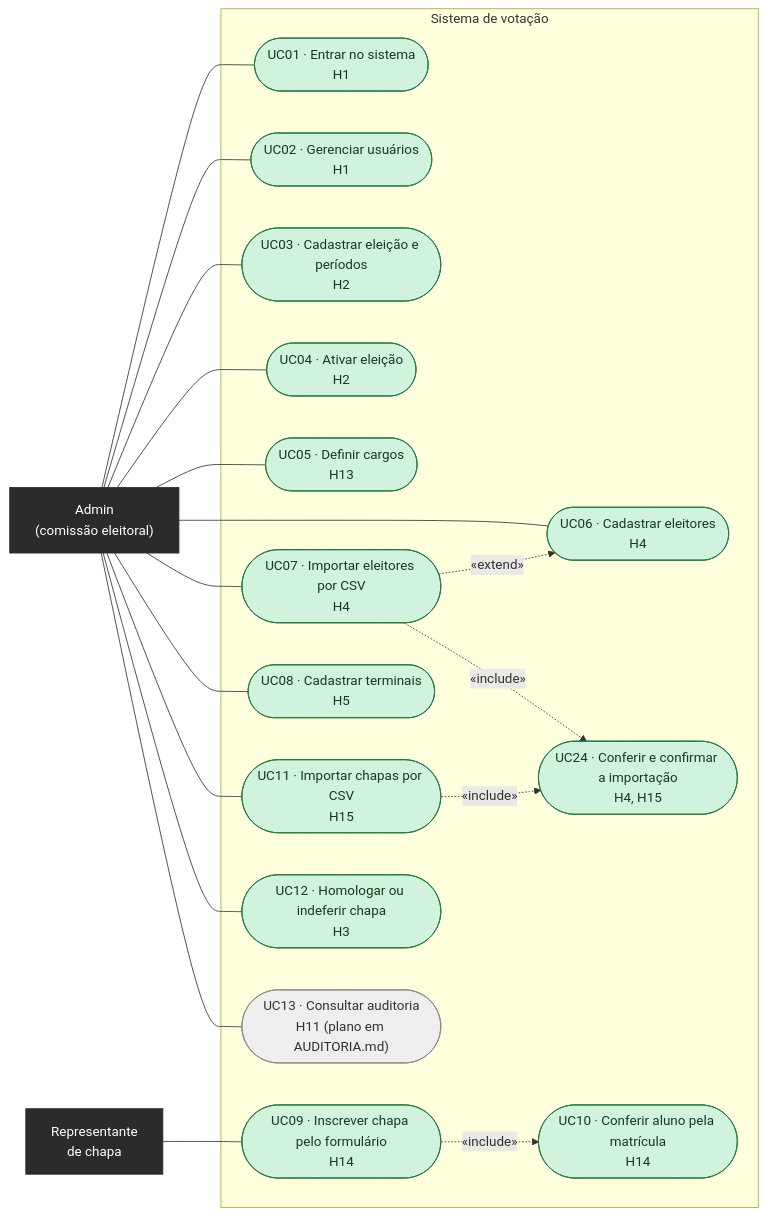
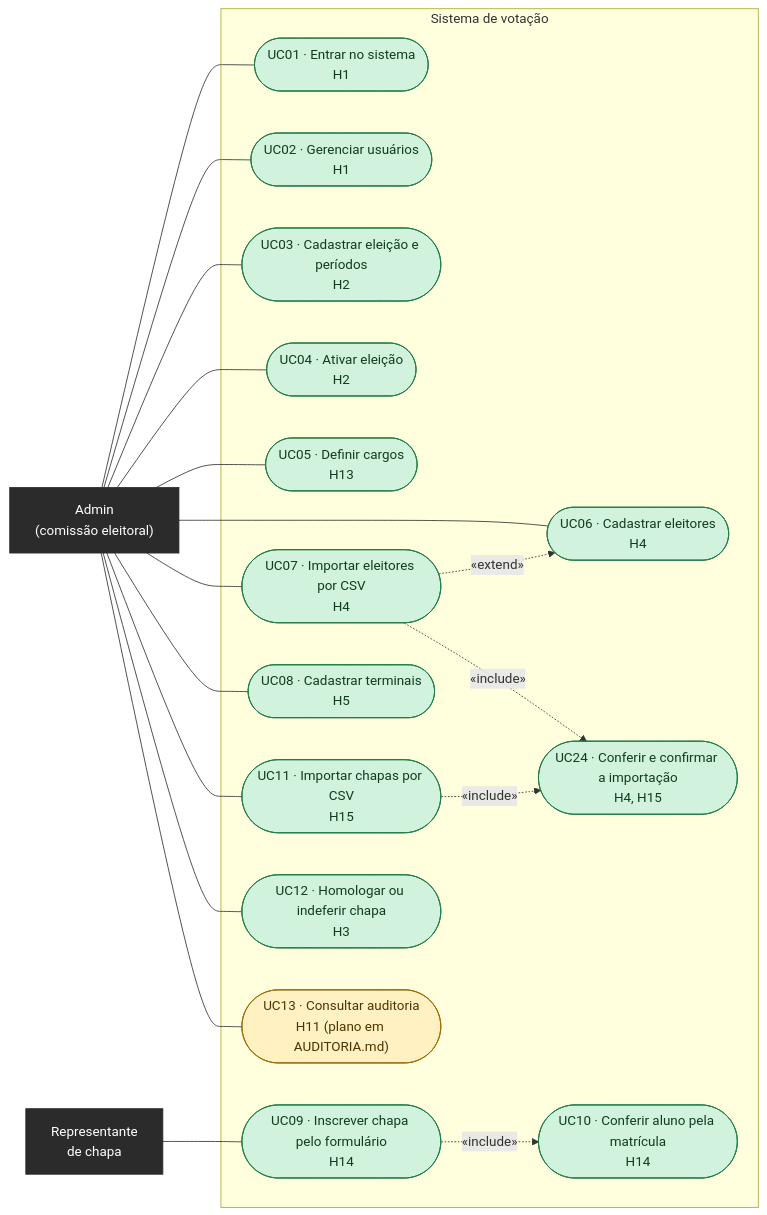
One commit to prof-ronildo-unicatolica/votacao-digitech changed the second of 12 diagrams in docs/DIAGRAMAS.md. Above: the diagram before and after it, drawn with Mermaid. The commit also changed other lines of this file and 11 other files, not shown here.

````diff
--- a/docs/DIAGRAMAS.md
+++ b/docs/DIAGRAMAS.md
@@ -29,47 +29,47 @@
 ```mermaid
 flowchart LR
     ADM["Admin<br/>(comissão eleitoral)"]:::ator
     REP["Representante<br/>de chapa"]:::ator
 
     subgraph SIS["Sistema de votação"]
         UC01(["UC01 · Entrar no sistema<br/>H1"])
         UC02(["UC02 · Gerenciar usuários<br/>H1"])
         UC03(["UC03 · Cadastrar eleição e períodos<br/>H2"])
         UC04(["UC04 · Ativar eleição<br/>H2"])
         UC05(["UC05 · Definir cargos<br/>H13"])
         UC06(["UC06 · Cadastrar eleitores<br/>H4"])
         UC07(["UC07 · Importar eleitores por CSV<br/>H4"])
         UC08(["UC08 · Cadastrar terminais<br/>H5"])
         UC09(["UC09 · Inscrever chapa pelo formulário<br/>H14"])
         UC10(["UC10 · Conferir aluno pela matrícula<br/>H14"])
         UC11(["UC11 · Importar chapas por CSV<br/>H15"])
         UC24(["UC24 · Conferir e confirmar a importação<br/>H4, H15"])
         UC12(["UC12 · Homologar ou indeferir chapa<br/>H3"])
         UC13(["UC13 · Consultar auditoria<br/>H11 (plano em AUDITORIA.md)"])
     end
 
     ADM --- UC01
     ADM --- UC02
     ADM --- UC03
     ADM --- UC04
     ADM --- UC05
     ADM --- UC06
     ADM --- UC07
     ADM --- UC08
     ADM --- UC11
     ADM --- UC12
     ADM --- UC13
     REP --- UC09
 
     UC07 -. "«extend»" .-> UC06
     UC09 -. "«include»" .-> UC10
     UC11 -. "«include»" .-> UC24
     UC07 -. "«include»" .-> UC24
 
     class UC01,UC02,UC03,UC04,UC05,UC06,UC07,UC08,UC09,UC10,UC11,UC12,UC24 feito
-    class UC13 afazer
+    class UC13 revisao
     classDef ator fill:#2b2b2b,stroke:#2b2b2b,color:#ffffff
     classDef feito fill:#d1f2dc,stroke:#1e7a44,color:#0f3d22
     classDef revisao fill:#fff1c2,stroke:#9a6b00,color:#4d3500
     classDef afazer fill:#eeeeee,stroke:#8a8a8a,color:#333333
 ```
````
